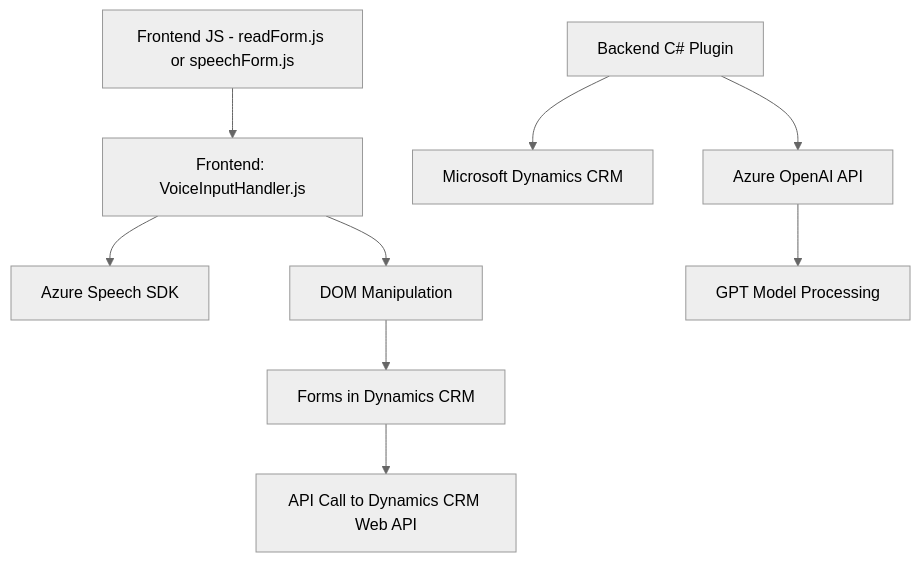
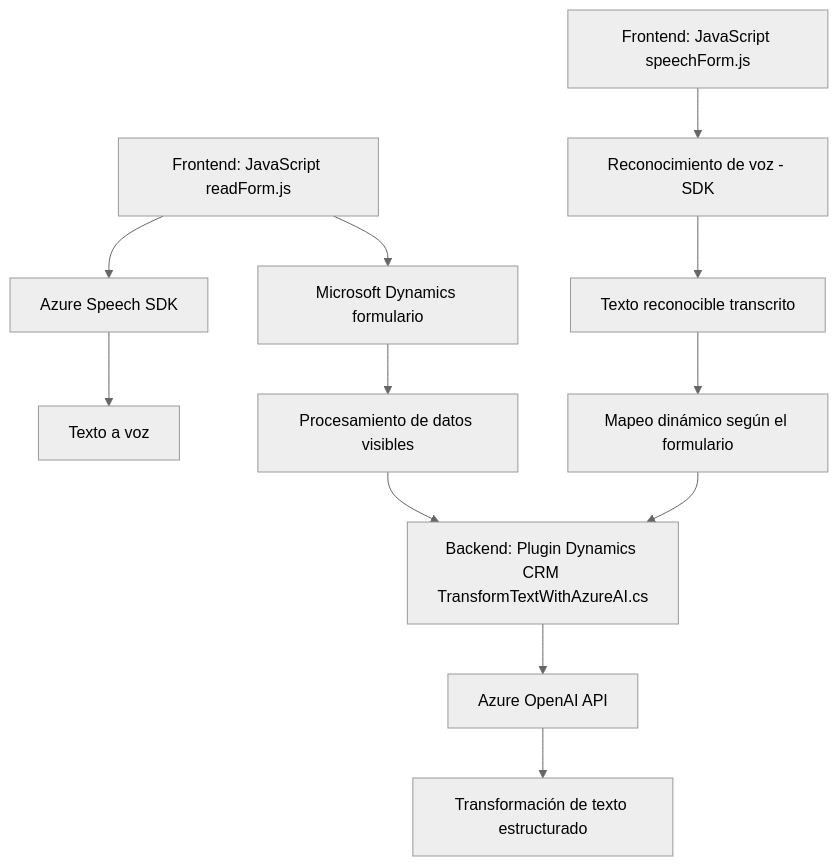
The diagram in README.md (blopezdm/NETCORE_BILBAO2025), drawn with Mermaid (neutral theme) before and after one commit. The commit also changed other lines of this file, not shown here.

````diff
--- a/README.md
+++ b/README.md
@@ -52,11 +55,14 @@
 ```mermaid
 graph TD
-    A["Frontend JS - readForm.js or speechForm.js"] --> B["Frontend: VoiceInputHandler.js"]
-    B --> C["Azure Speech SDK"]
-    B --> D["DOM Manipulation"]
-    D --> E["Forms in Dynamics CRM"]
-    E --> G["API Call to Dynamics CRM Web API"]
-    F["Backend C# Plugin"] --> H["Microsoft Dynamics CRM"]
-    F --> I["Azure OpenAI API"]
-    I --> J["GPT Model Processing"]
+  A["Frontend: JavaScript readForm.js"] --> B["Azure Speech SDK"]
+  A --> C["Microsoft Dynamics formulario"]
+  B --> D["Texto a voz"]
+  C --> E["Procesamiento de datos visibles"]
+  F["Frontend: JavaScript speechForm.js"] --> G["Reconocimiento de voz - SDK"]
+  G --> H["Texto reconocible transcrito"]
+  H --> I["Mapeo dinámico según el formulario"]
+  J["Backend: Plugin Dynamics CRM TransformTextWithAzureAI.cs"] --> K["Azure OpenAI API"]
+  K --> L["Transformación de texto estructurado"]
+  E --> J
+  I --> J
 ```
````
